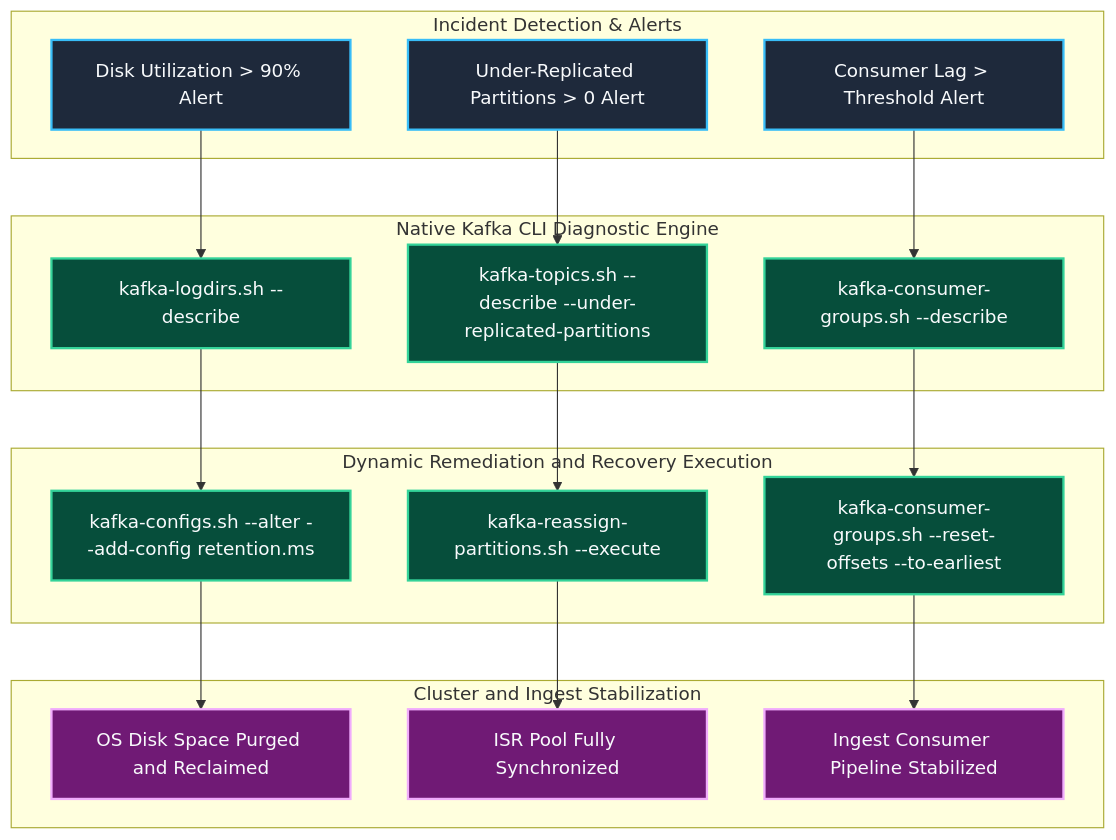
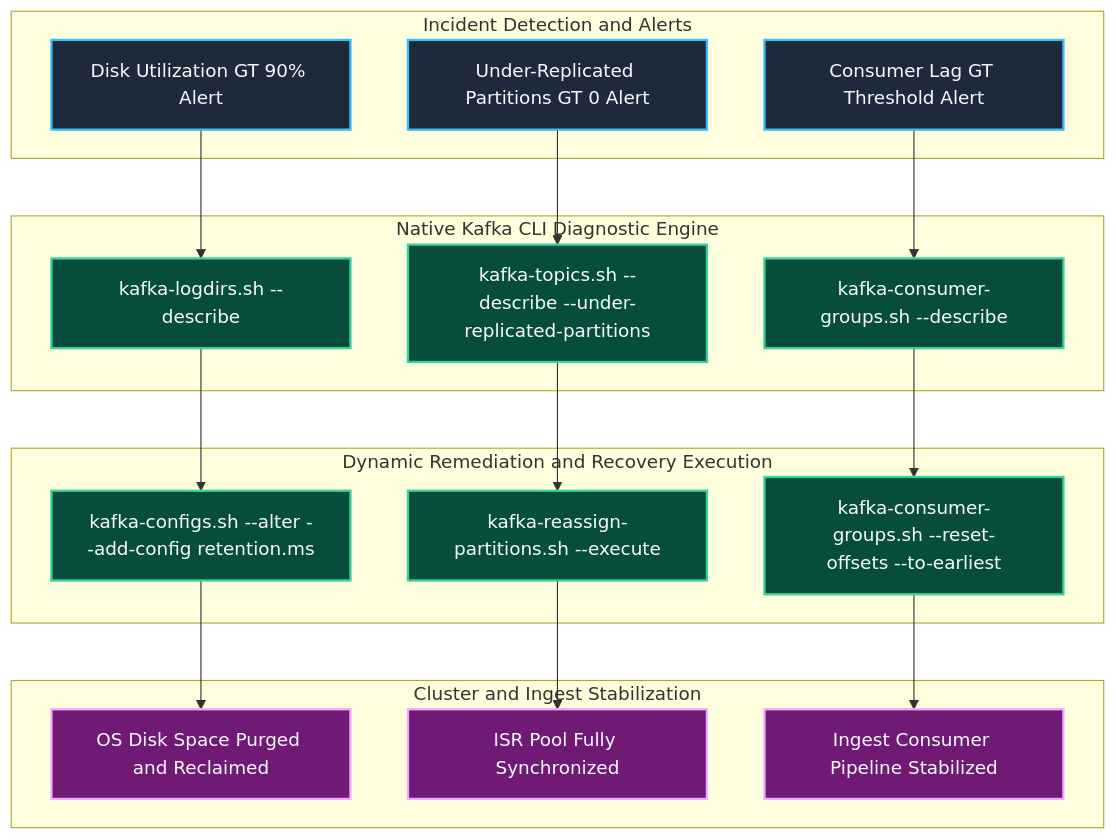
Diagram 21 of 48 in docs/configDoc/kafka-configuration-guide.md (Chief-Strategist-J/llm-obs-infra), drawn with Mermaid before and after one commit. The commit also changed other lines of this file, not shown here.

Commit message:
fix(docs): resolve all Mermaid diagram syntax and layout rendering issues in kafka configuration guide

````diff
--- a/docs/configDoc/kafka-configuration-guide.md
+++ b/docs/configDoc/kafka-configuration-guide.md
@@ -1703,49 +1714,49 @@
 ```mermaid
 graph TD
-    subgraph IncidentDetection ["Incident Detection & Alerts"]
-        Alert1["Disk Utilization > 90% Alert"]
-        Alert2["Under-Replicated Partitions > 0 Alert"]
-        Alert3["Consumer Lag > Threshold Alert"]
+    subgraph IncidentDetection ["Incident Detection and Alerts"]
+        Alert1["Disk Utilization GT 90% Alert"]
+        Alert2["Under-Replicated Partitions GT 0 Alert"]
+        Alert3["Consumer Lag GT Threshold Alert"]
     end
 
     subgraph KafkaAdminTooling ["Native Kafka CLI Diagnostic Engine"]
         LogDirsCLI["kafka-logdirs.sh --describe"]
         TopicsCLI["kafka-topics.sh --describe --under-replicated-partitions"]
         ConsumerCLI["kafka-consumer-groups.sh --describe"]
     end
 
     subgraph RemediationEngine ["Dynamic Remediation and Recovery Execution"]
         ConfigsCLI["kafka-configs.sh --alter --add-config retention.ms"]
         ReassignCLI["kafka-reassign-partitions.sh --execute"]
         ResetOffsetCLI["kafka-consumer-groups.sh --reset-offsets --to-earliest"]
     end
 
     subgraph ClusterRecovery ["Cluster and Ingest Stabilization"]
         StorageReclaimed["OS Disk Space Purged and Reclaimed"]
         ISRRestored["ISR Pool Fully Synchronized"]
         LagCleared["Ingest Consumer Pipeline Stabilized"]
     end
 
     Alert1 --> LogDirsCLI
     LogDirsCLI --> ConfigsCLI
     ConfigsCLI --> StorageReclaimed
     Alert2 --> TopicsCLI
     TopicsCLI --> ReassignCLI
     ReassignCLI --> ISRRestored
     Alert3 --> ConsumerCLI
     ConsumerCLI --> ResetOffsetCLI
     ResetOffsetCLI --> LagCleared
 
     style Alert1 fill:#1e293b,stroke:#38bdf8,stroke-width:2px,color:#f8fafc
     style Alert2 fill:#1e293b,stroke:#38bdf8,stroke-width:2px,color:#f8fafc
     style Alert3 fill:#1e293b,stroke:#38bdf8,stroke-width:2px,color:#f8fafc
     style LogDirsCLI fill:#064e3b,stroke:#34d399,stroke-width:2px,color:#f8fafc
     style TopicsCLI fill:#064e3b,stroke:#34d399,stroke-width:2px,color:#f8fafc
     style ConsumerCLI fill:#064e3b,stroke:#34d399,stroke-width:2px,color:#f8fafc
     style ConfigsCLI fill:#064e3b,stroke:#34d399,stroke-width:2px,color:#f8fafc
     style ReassignCLI fill:#064e3b,stroke:#34d399,stroke-width:2px,color:#f8fafc
     style ResetOffsetCLI fill:#064e3b,stroke:#34d399,stroke-width:2px,color:#f8fafc
     style StorageReclaimed fill:#701a75,stroke:#f0abfc,stroke-width:2px,color:#f8fafc
     style ISRRestored fill:#701a75,stroke:#f0abfc,stroke-width:2px,color:#f8fafc
     style LagCleared fill:#701a75,stroke:#f0abfc,stroke-width:2px,color:#f8fafc
 ```
````
